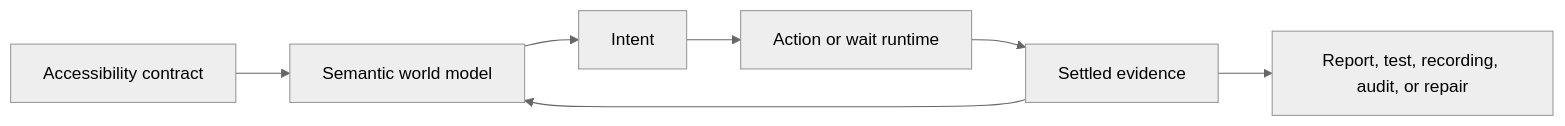
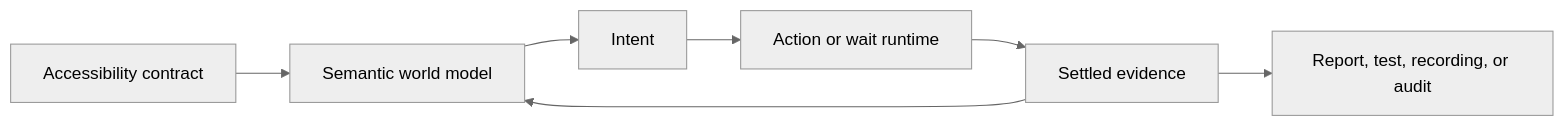
One commit to RoyalPineapple/TheButtonHeist changed the diagram in README.md. Above: the diagram before and after it, drawn with Mermaid (neutral theme). The commit also changed other lines of this file, not shown here.

Commit message:
Remove repair claims from README

````diff
--- a/README.md
+++ b/README.md
@@ -32,9 +32,9 @@
 ```mermaid
 flowchart LR
     Contract["Accessibility contract"] --> Model["Semantic world model"]
     Model --> Intent["Intent"]
     Intent --> Runtime["Action or wait runtime"]
     Runtime --> Evidence["Settled evidence"]
     Evidence --> Model
-    Evidence --> Output["Report, test, recording, audit, or repair"]
+    Evidence --> Output["Report, test, recording, or audit"]
 ```
````
